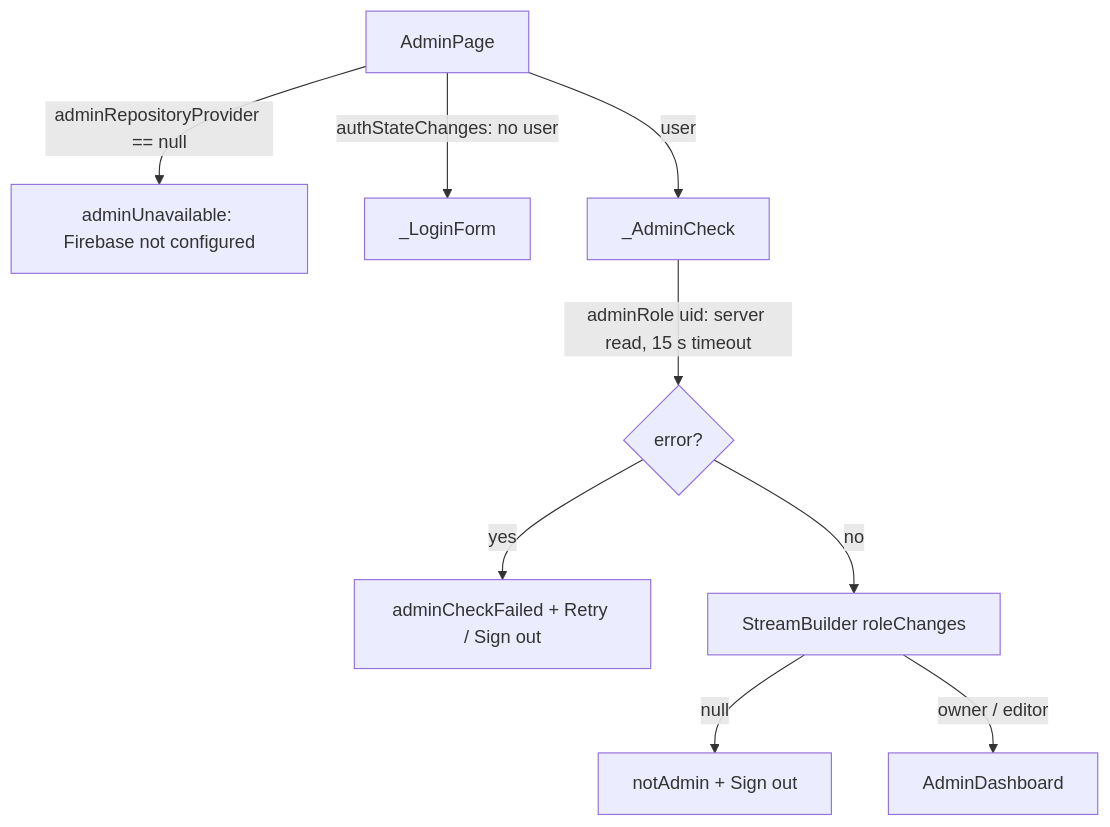
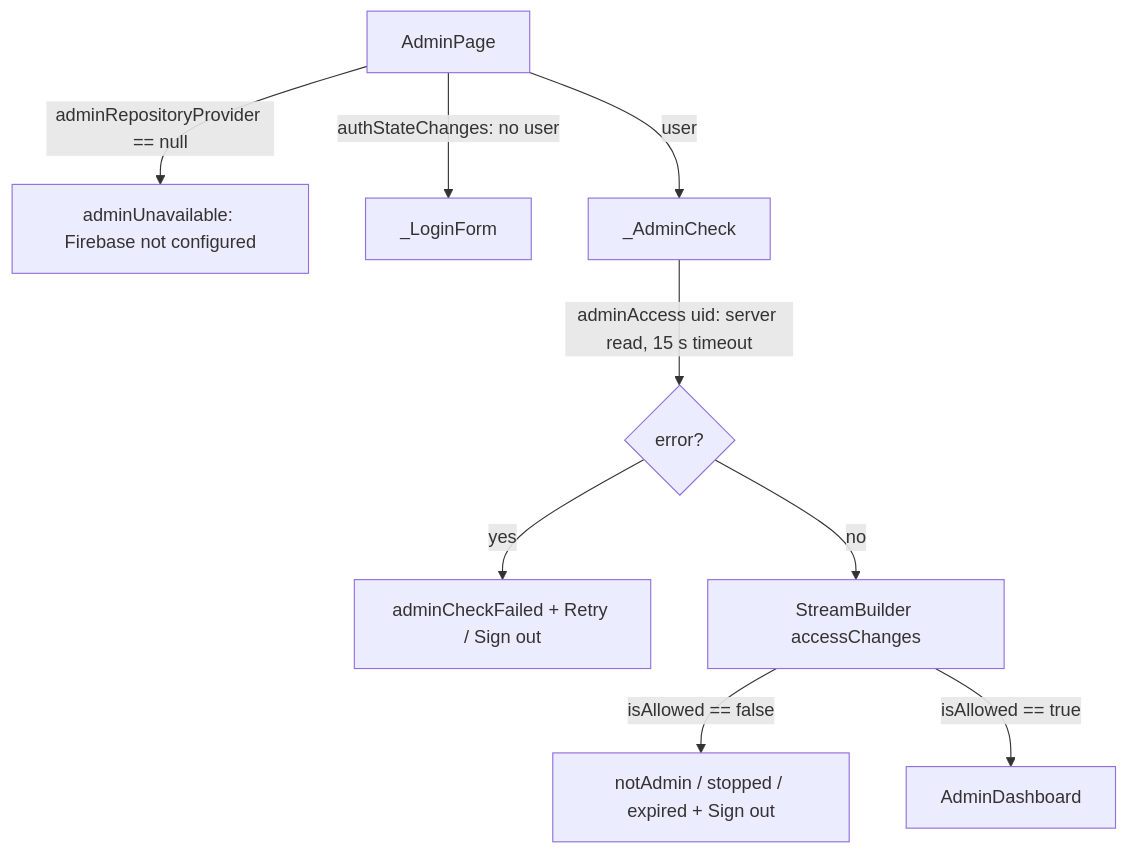
Before and after one commit to Kerollosmm/church-portal: the diagram in docs/memory-bank/07-admin-dashboard.md, drawn with Mermaid. The commit also changed other lines of this file and 29 other files, not shown here.

````diff
--- a/docs/memory-bank/07-admin-dashboard.md
+++ b/docs/memory-bank/07-admin-dashboard.md
@@ -23,11 +23,11 @@
 ```mermaid
 flowchart TD
   A[AdminPage] -->|adminRepositoryProvider == null| U[adminUnavailable: Firebase not configured]
   A -->|authStateChanges: no user| L[_LoginForm]
   A -->|user| C[_AdminCheck]
-  C -->|adminRole uid: server read, 15 s timeout| E{error?}
+  C -->|adminAccess uid: server read, 15 s timeout| E{error?}
   E -- yes --> R[adminCheckFailed + Retry / Sign out]
-  E -- no --> S[StreamBuilder roleChanges]
-  S -->|null| N[notAdmin + Sign out]
-  S -->|owner / editor| D[AdminDashboard]
+  E -- no --> S[StreamBuilder accessChanges]
+  S -->|isAllowed == false| N[notAdmin / stopped / expired + Sign out]
+  S -->|isAllowed == true| D[AdminDashboard]
 ```
````
